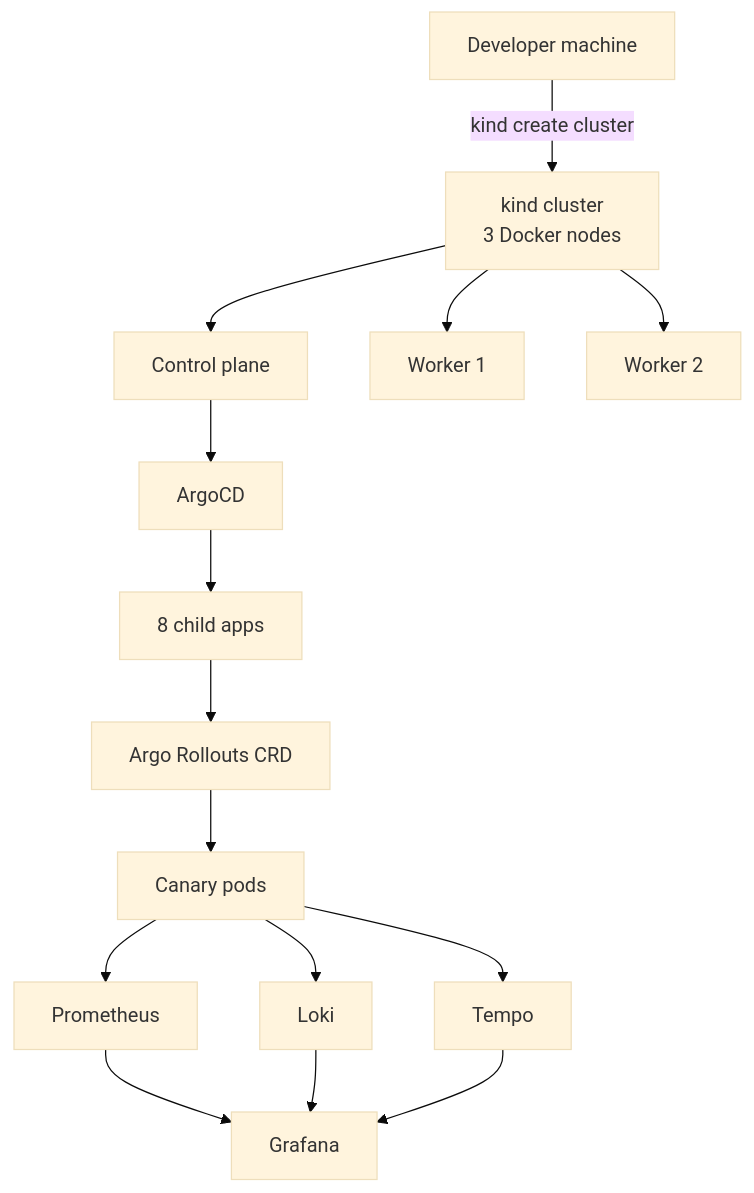
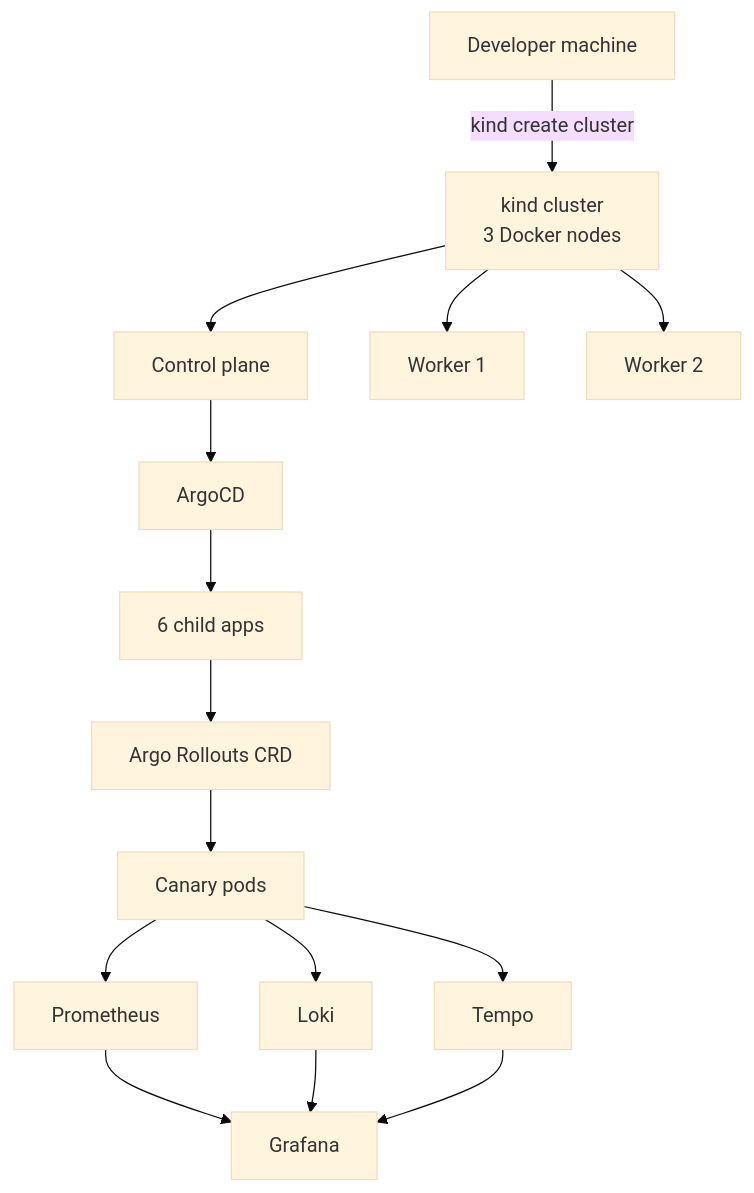
Before and after one commit to ykstorm/devops-showcase: the diagram in README.md, drawn with Mermaid (base theme). The commit also changed other lines of this file and 24 other files, not shown here.

First line of the commit message:
Wire ArgoCD app-of-apps + buyerchat Argo Rollouts canary (#5)

````diff
--- a/README.md
+++ b/README.md
@@ -77,17 +80,17 @@
 ```mermaid
 graph TD
     Dev[Developer machine] -->|kind create cluster| Kind[kind cluster<br/>3 Docker nodes]
     Kind --> CP[Control plane]
     Kind --> W1[Worker 1]
     Kind --> W2[Worker 2]
     CP --> Argo[ArgoCD]
-    Argo --> Apps[8 child apps]
+    Argo --> Apps[6 child apps]
     Apps --> Rollout[Argo Rollouts CRD]
     Rollout --> Pods[Canary pods]
     Pods --> Prom[Prometheus]
     Pods --> LokiL[Loki]
     Pods --> TempoT[Tempo]
     Prom --> Graf[Grafana]
     LokiL --> Graf
     TempoT --> Graf
 ```
````
